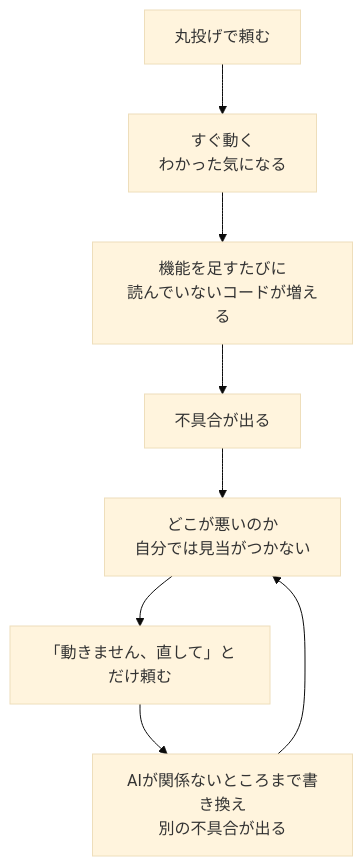
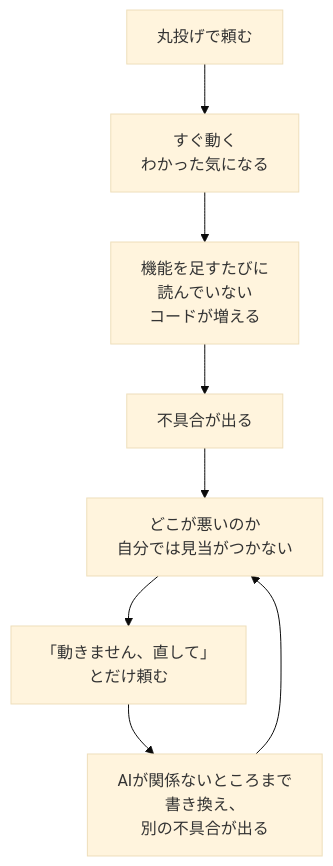
Before and after one commit to mitsuya3471/thesis: the sixth of 6 diagrams in courses/AIを活用した開発.md, drawn with Mermaid (base theme).

Commit message:
メタ認知の図の改行位置を直す

````diff
--- a/courses/AIを活用した開発.md
+++ b/courses/AIを活用した開発.md
@@ -227,10 +227,10 @@
 ```mermaid
 flowchart TD
     A["丸投げで頼む"] --> B["すぐ動く<br/>わかった気になる"]
-    B --> C["機能を足すたびに<br/>読んでいないコードが増える"]
+    B --> C["機能を足すたびに<br/>読んでいない<br/>コードが増える"]
     C --> D["不具合が出る"]
     D --> E["どこが悪いのか<br/>自分では見当がつかない"]
-    E --> F["「動きません、直して」とだけ頼む"]
-    F --> G["AIが関係ないところまで書き換え<br/>別の不具合が出る"]
+    E --> F["「動きません、直して」<br/>とだけ頼む"]
+    F --> G["AIが関係ないところまで<br/>書き換え、<br/>別の不具合が出る"]
     G --> E
 ```
````
